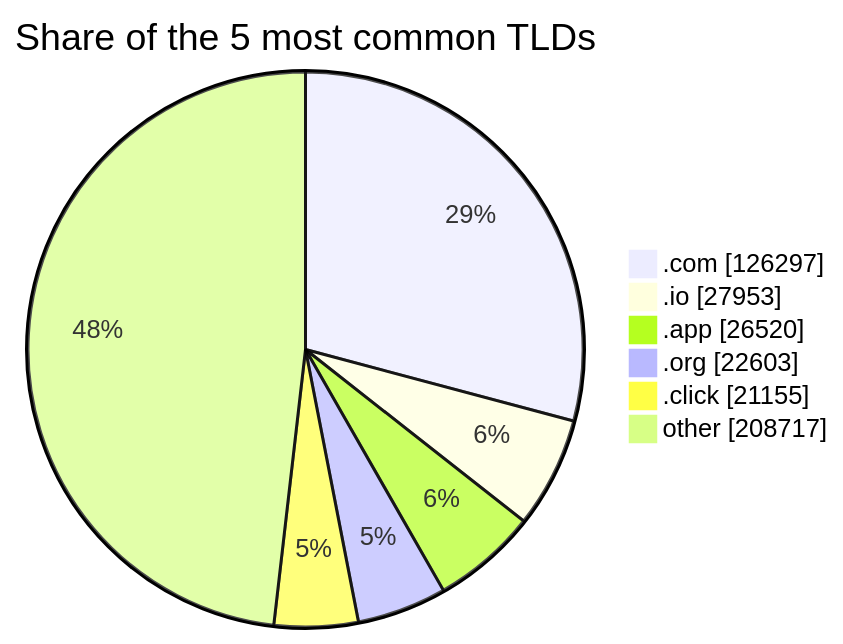
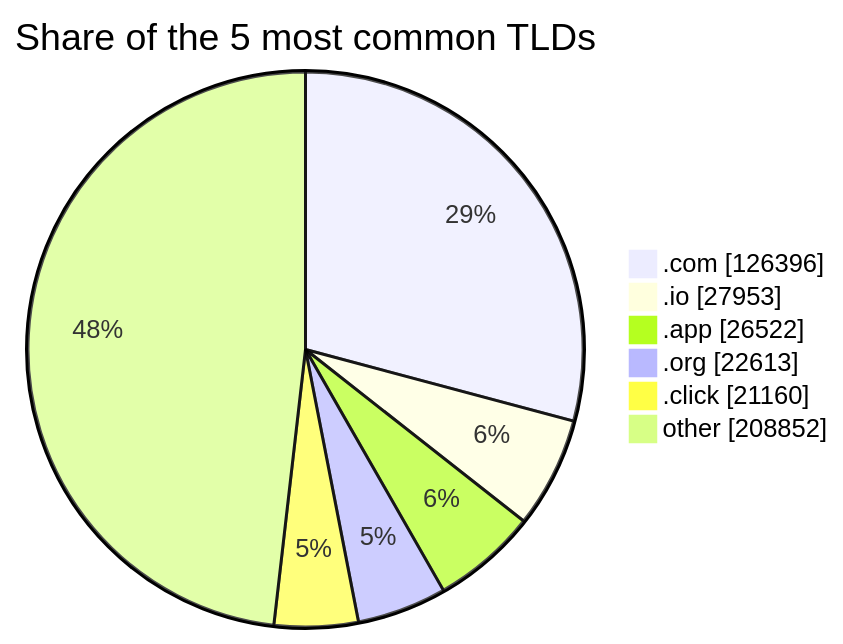
The third of 3 diagrams in README.md (DNSBunker/CTI), drawn with Mermaid before and after one commit. The commit also changed other lines of this file and 3 other files, not shown here.

````diff
--- a/README.md
+++ b/README.md
@@ -81,9 +81,9 @@
 ```mermaid
 pie showData title Share of the 5 most common TLDs
-    ".com" : 126297
+    ".com" : 126396
     ".io" : 27953
-    ".app" : 26520
-    ".org" : 22603
-    ".click" : 21155
-    "other" : 208717
+    ".app" : 26522
+    ".org" : 22613
+    ".click" : 21160
+    "other" : 208852
 ```
````
